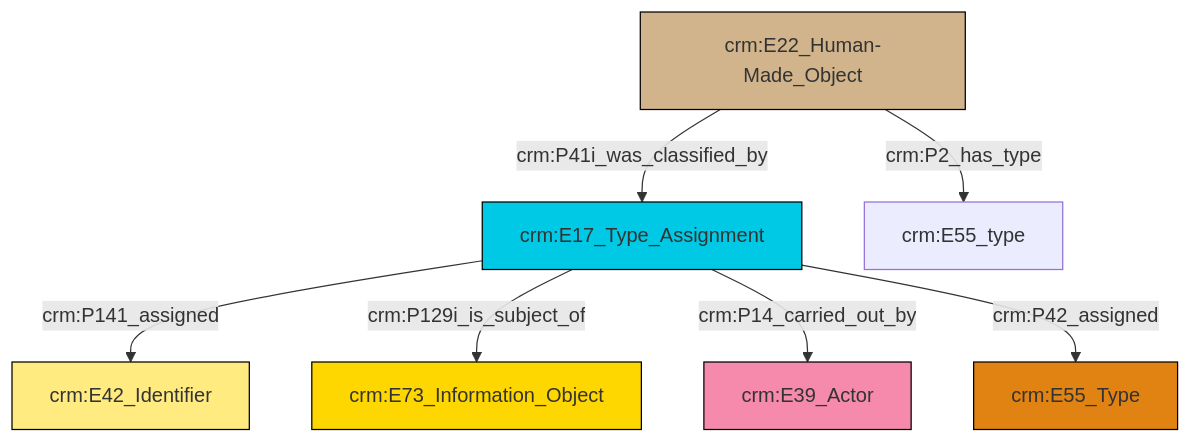
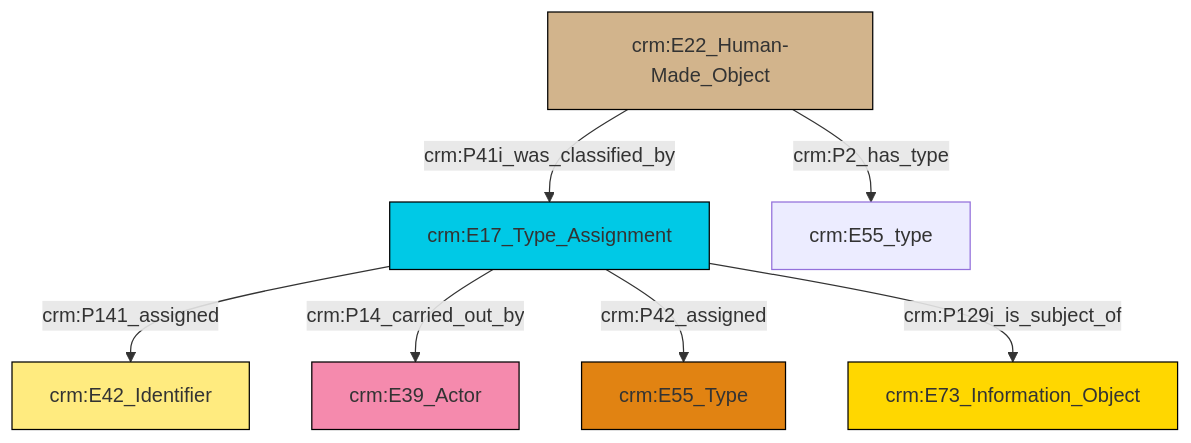
One commit to swiss-art-research-net/reference-data-models changed the diagram in et/builtWorkCSV/ttl/mmd/Built_Work_designation_status.ttl.mmd. Above: the diagram before and after it, drawn with Mermaid. The commit also changed 152 other files, not shown here.

```diff
--- a/et/builtWorkCSV/ttl/mmd/Built_Work_designation_status.ttl.mmd
+++ b/et/builtWorkCSV/ttl/mmd/Built_Work_designation_status.ttl.mmd
@@ -1,21 +1,21 @@
 graph TD
 classDef Literal fill:#f2f2f2,stroke:#000000;
 classDef CRM_Entity fill:#FFFFFF,stroke:#000000;
 classDef Temporal_Entity fill:#00C9E6, stroke:#000000;
 classDef Type fill:#E18312, stroke:#000000;
 classDef Time-Span fill:#2C9C91, stroke:#000000;
 classDef Appellation fill:#FFEB7F, stroke:#000000;
 classDef Place fill:#008836, stroke:#000000;
 classDef Persistent_Item fill:#B266B2, stroke:#000000;
 classDef Conceptual_Object fill:#FFD700, stroke:#000000;
 classDef Physical_Thing fill:#D2B48C, stroke:#000000;
 classDef Actor fill:#f58aad, stroke:#000000;
 classDef PC_Classes fill:#4ce600, stroke:#000000;
 classDef Multi fill:#cccccc,stroke:#000000;
 
 0["crm:E17_Type_Assignment"]:::Temporal_Entity -->|crm:P141_assigned| 1["crm:E42_Identifier"]:::Appellation
-0["crm:E17_Type_Assignment"]:::Temporal_Entity -->|crm:P129i_is_subject_of| 6["crm:E73_Information_Object"]:::Conceptual_Object
-8["crm:E22_Human-Made_Object"]:::Physical_Thing -->|crm:P41i_was_classified_by| 0["crm:E17_Type_Assignment"]:::Temporal_Entity
-0["crm:E17_Type_Assignment"]:::Temporal_Entity -->|crm:P14_carried_out_by| 12["crm:E39_Actor"]:::Actor
-8["crm:E22_Human-Made_Object"]:::Physical_Thing -->|crm:P2_has_type| 2["crm:E55_type"]:::Default
-0["crm:E17_Type_Assignment"]:::Temporal_Entity -->|crm:P42_assigned| 4["crm:E55_Type"]:::Type
+0["crm:E17_Type_Assignment"]:::Temporal_Entity -->|crm:P14_carried_out_by| 4["crm:E39_Actor"]:::Actor
+5["crm:E22_Human-Made_Object"]:::Physical_Thing -->|crm:P41i_was_classified_by| 0["crm:E17_Type_Assignment"]:::Temporal_Entity
+0["crm:E17_Type_Assignment"]:::Temporal_Entity -->|crm:P42_assigned| 7["crm:E55_Type"]:::Type
+5["crm:E22_Human-Made_Object"]:::Physical_Thing -->|crm:P2_has_type| 8["crm:E55_type"]:::Default
+0["crm:E17_Type_Assignment"]:::Temporal_Entity -->|crm:P129i_is_subject_of| 2["crm:E73_Information_Object"]:::Conceptual_Object
```
